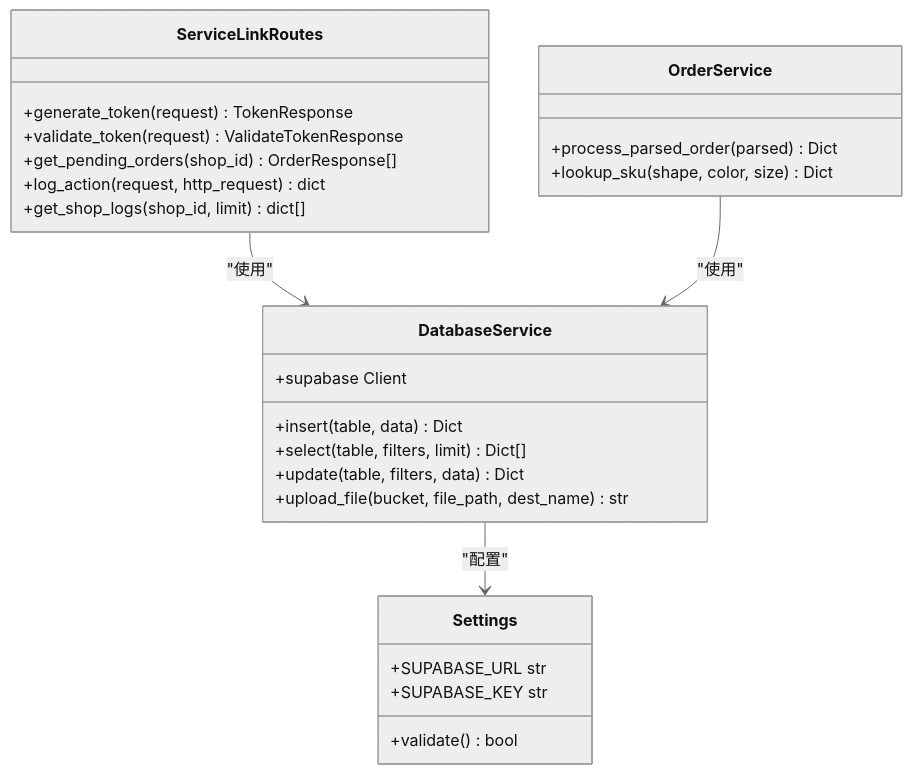
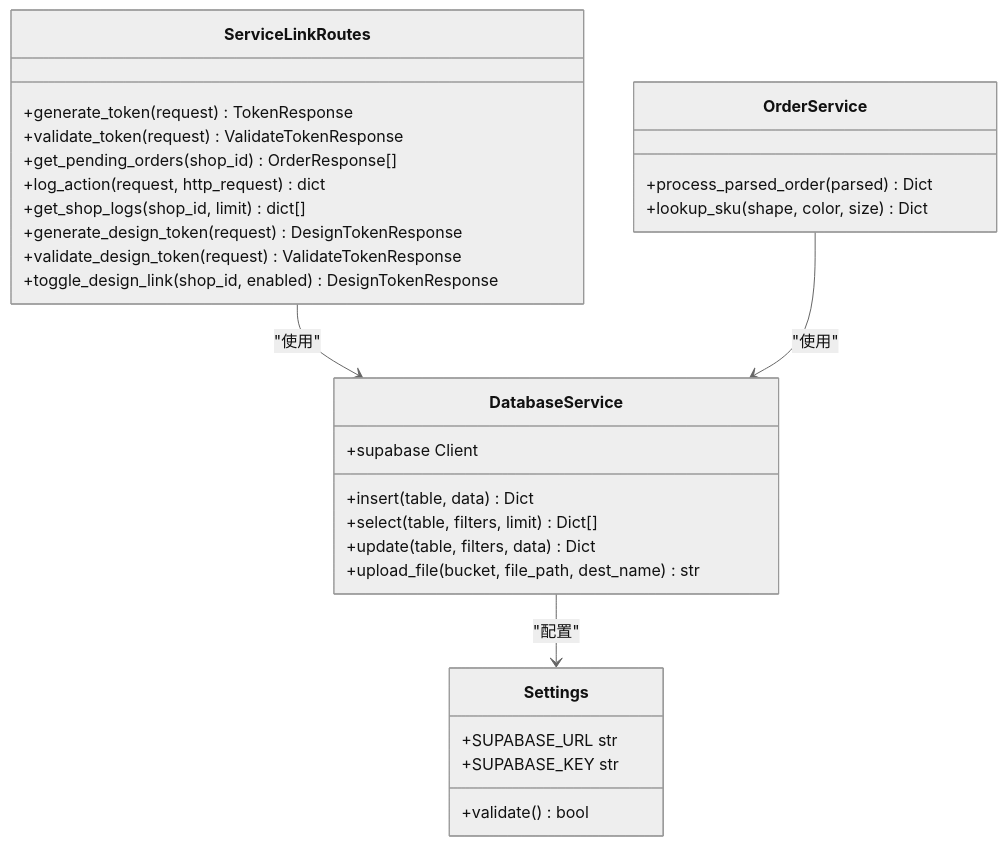
One commit to SY6621/POD-Order-Management changed the second of 12 diagrams in .qoder/repowiki/zh/content/开发指南/客服外链双链接系统.md. Above: the diagram before and after it, drawn with Mermaid (neutral theme). The commit also changed other lines of this file and 17 other files, not shown here.

````diff
--- a/.qoder/repowiki/zh/content/开发指南/客服外链双链接系统.md
+++ b/.qoder/repowiki/zh/content/开发指南/客服外链双链接系统.md
@@ -134,29 +141,32 @@
 ```mermaid
 classDiagram
 class ServiceLinkRoutes {
 +generate_token(request) TokenResponse
 +validate_token(request) ValidateTokenResponse
 +get_pending_orders(shop_id) OrderResponse[]
 +log_action(request, http_request) dict
 +get_shop_logs(shop_id, limit) dict[]
++generate_design_token(request) DesignTokenResponse
++validate_design_token(request) ValidateTokenResponse
++toggle_design_link(shop_id, enabled) DesignTokenResponse
 }
 class DatabaseService {
 +supabase Client
 +insert(table, data) Dict
 +select(table, filters, limit) Dict[]
 +update(table, filters, data) Dict
 +upload_file(bucket, file_path, dest_name) str
 }
 class OrderService {
 +process_parsed_order(parsed) Dict
 +lookup_sku(shape, color, size) Dict
 }
 class Settings {
 +SUPABASE_URL str
 +SUPABASE_KEY str
 +validate() bool
 }
 ServiceLinkRoutes --> DatabaseService : "使用"
 OrderService --> DatabaseService : "使用"
 DatabaseService --> Settings : "配置"
 ```
````
